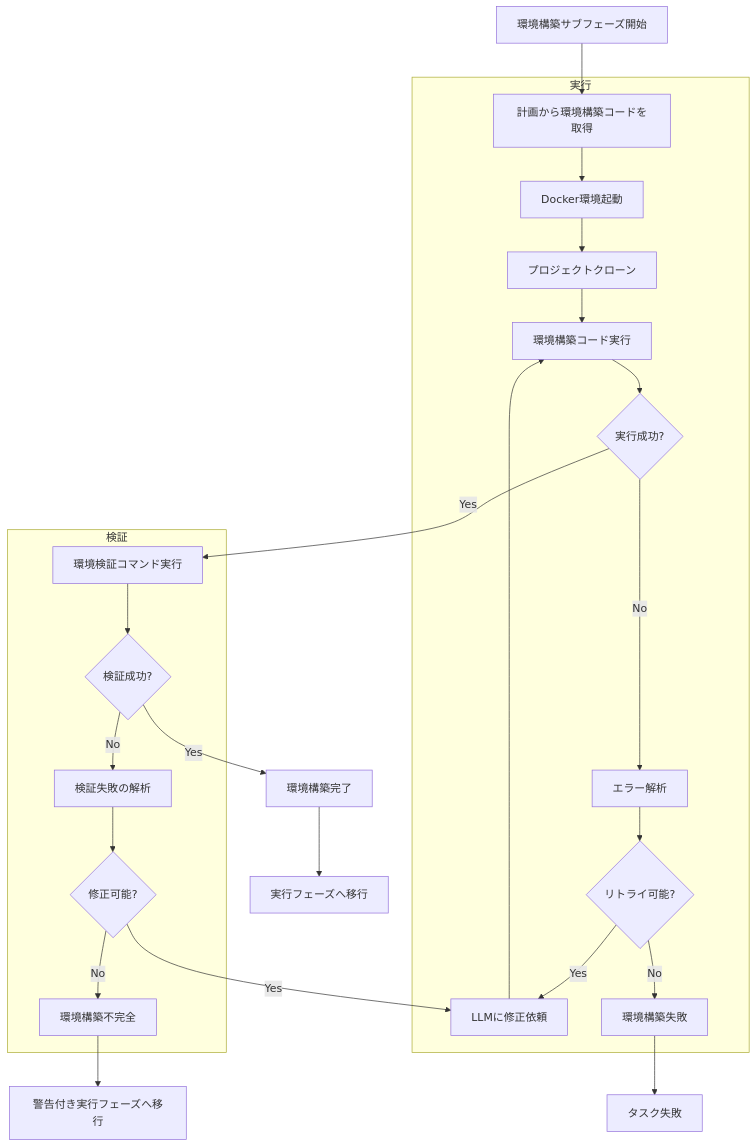
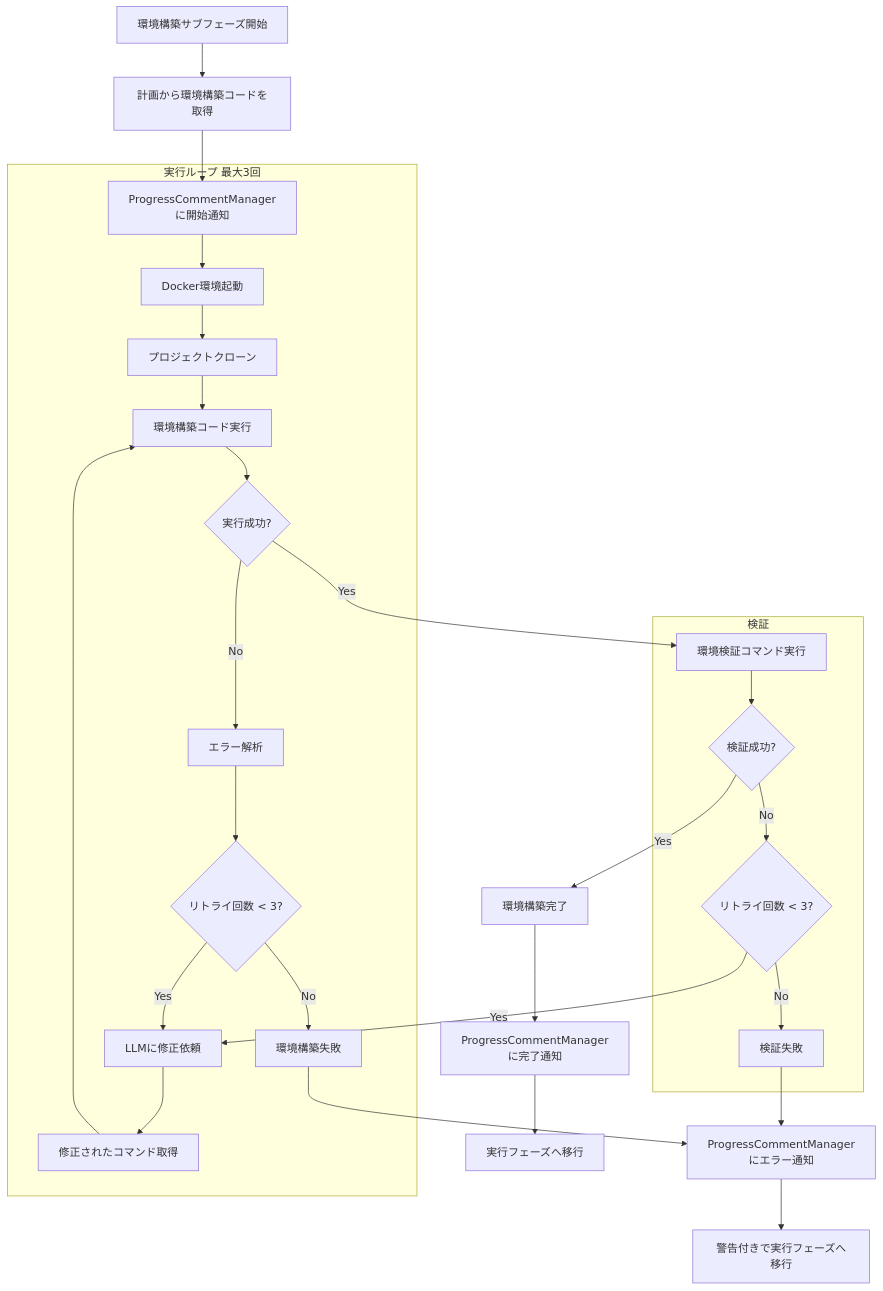
One commit to notfolder/coding_agent changed the second of 2 diagrams in docs/spec/ENVIRONMENT_SETUP_IN_PLANNING_SPECIFICATION.md. Above: the diagram before and after it, drawn with Mermaid. The commit also changed other lines of this file, not shown here.

````diff
--- a/docs/spec/ENVIRONMENT_SETUP_IN_PLANNING_SPECIFICATION.md
+++ b/docs/spec/ENVIRONMENT_SETUP_IN_PLANNING_SPECIFICATION.md
@@ -421,31 +416,35 @@
 ```mermaid
 flowchart TD
     A[環境構築サブフェーズ開始] --> B[計画から環境構築コードを取得]
+    B --> C[ProgressCommentManagerに開始通知]
     
-    subgraph Execution[実行]
-        B --> C[Docker環境起動]
-        C --> D[プロジェクトクローン]
-        D --> E[環境構築コード実行]
-        E --> F{実行成功?}
-        F -->|No| G[エラー解析]
-        G --> H{リトライ可能?}
-        H -->|Yes| I[LLMに修正依頼]
-        I --> E
-        H -->|No| J[環境構築失敗]
+    subgraph Execution[実行ループ 最大3回]
+        C --> D[Docker環境起動]
+        D --> E[プロジェクトクローン]
+        E --> F[環境構築コード実行]
+        F --> G{実行成功?}
+        G -->|No| H[エラー解析]
+        H --> I{リトライ回数 < 3?}
+        I -->|Yes| J[LLMに修正依頼]
+        J --> K[修正されたコマンド取得]
+        K --> F
+        I -->|No| L[環境構築失敗]
     end
     
     subgraph Verification[検証]
-        F -->|Yes| K[環境検証コマンド実行]
-        K --> L{検証成功?}
-        L -->|No| M[検証失敗の解析]
-        M --> N{修正可能?}
-        N -->|Yes| I
-        N -->|No| O[環境構築不完全]
+        G -->|Yes| M[環境検証コマンド実行]
+        M --> N{検証成功?}
+        N -->|No| O{リトライ回数 < 3?}
+        O -->|Yes| J
+        O -->|No| P[検証失敗]
     end
     
-    L -->|Yes| P[環境構築完了]
-    P --> Q[実行フェーズへ移行]
+    N -->|Yes| Q[環境構築完了]
+    Q --> R[ProgressCommentManagerに完了通知]
+    R --> S[実行フェーズへ移行]
     
-    J --> R[タスク失敗]
-    O --> S[警告付き実行フェーズへ移行]
+    L --> T[ProgressCommentManagerにエラー通知]
+    T --> U[警告付きで実行フェーズへ移行]
+    
+    P --> T
 ```
````
